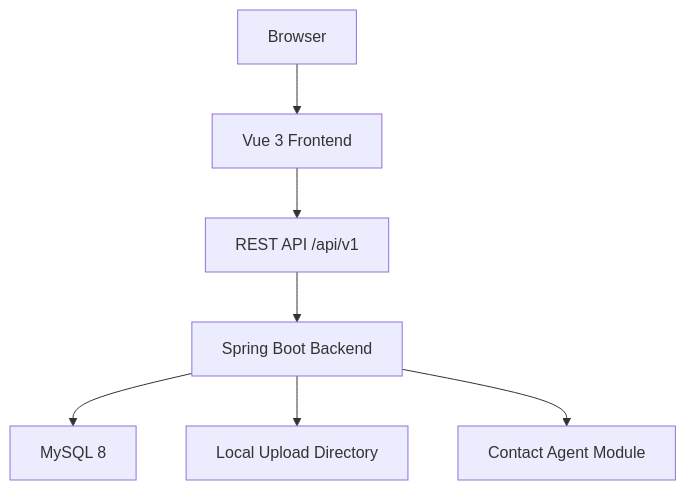
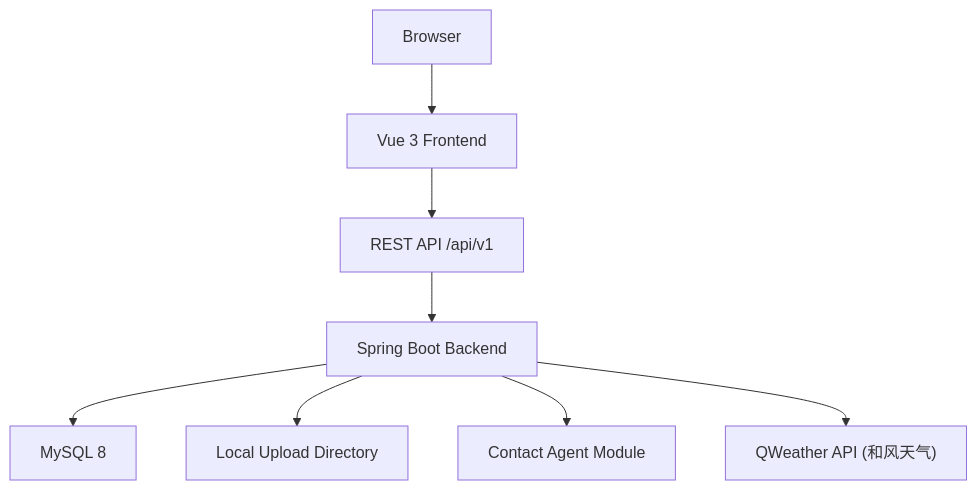
One commit to weiqiang612/Personal-CRM-Intelligent-Contact-Management-Platform changed the diagram in docs/2-designs/architecture.md. Above: the diagram before and after it, drawn with Mermaid. The commit also changed other lines of this file and 21 other files, not shown here.

````diff
--- a/docs/2-designs/architecture.md
+++ b/docs/2-designs/architecture.md
@@ -11,9 +12,10 @@
 ```mermaid
 flowchart TD
     Browser["Browser"] --> Frontend["Vue 3 Frontend"]
     Frontend --> Api["REST API /api/v1"]
     Api --> Backend["Spring Boot Backend"]
     Backend --> Mysql["MySQL 8"]
     Backend --> Upload["Local Upload Directory"]
     Backend --> Agent["Contact Agent Module"]
+    Backend --> QWeather["QWeather API (和风天气)"]
 ```
````
